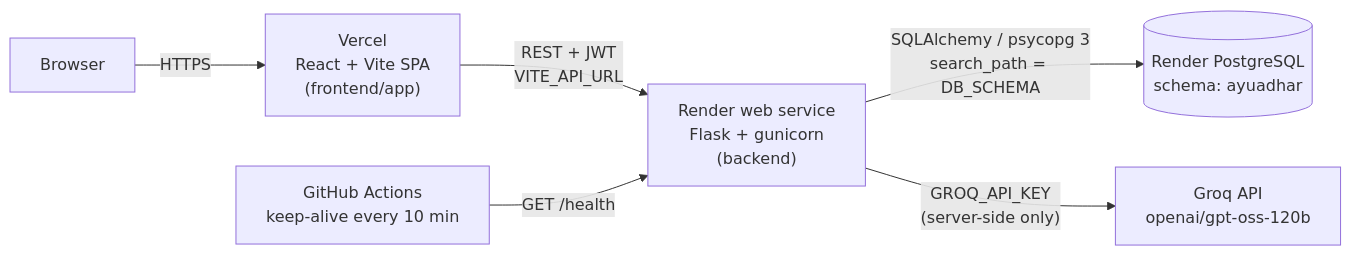
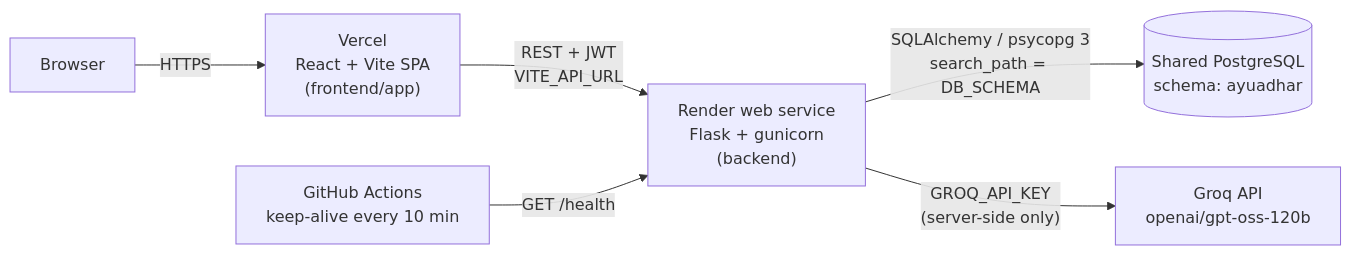
Before and after one commit to HarshBathija-04/AyuAdhar: the diagram in README.md, drawn with Mermaid. The commit also changed other lines of this file, not shown here.

````diff
--- a/README.md
+++ b/README.md
@@ -39,8 +42,8 @@
 ```mermaid
 flowchart LR
     U[Browser] -->|HTTPS| V["Vercel<br/>React + Vite SPA<br/>(frontend/app)"]
     V -->|"REST + JWT<br/>VITE_API_URL"| R["Render web service<br/>Flask + gunicorn<br/>(backend)"]
-    R -->|"SQLAlchemy / psycopg 3<br/>search_path = DB_SCHEMA"| P[("Render PostgreSQL<br/>schema: ayuadhar")]
+    R -->|"SQLAlchemy / psycopg 3<br/>search_path = DB_SCHEMA"| P[("Shared PostgreSQL<br/>schema: ayuadhar")]
     R -->|"GROQ_API_KEY<br/>(server-side only)"| G["Groq API<br/>openai/gpt-oss-120b"]
     GH["GitHub Actions<br/>keep-alive every 10 min"] -->|"GET /health"| R
 ```
````
